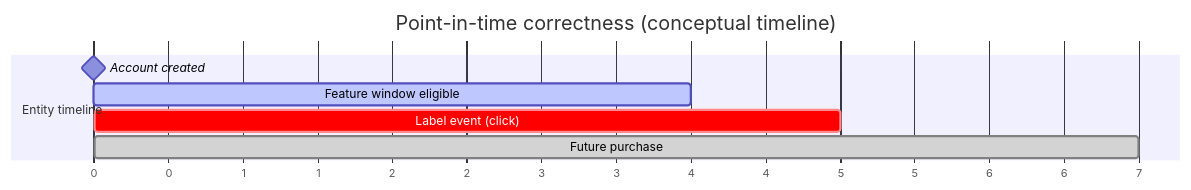
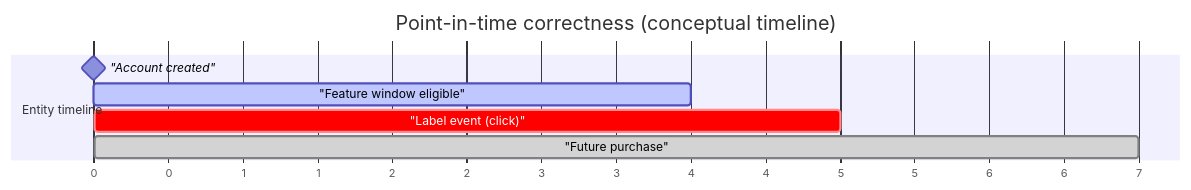
One commit to spawn08/system-design-interview changed the first of 6 diagrams in docs/ml_system_design/feature_platform.md. Above: the diagram before and after it, drawn with Mermaid. The commit also changed other lines of this file and 1740 other files, not shown here.

First line of the commit message:
Add new Mermaid diagrams for consensus algorithms and data consistency models

````diff
--- a/docs/ml_system_design/feature_platform.md
+++ b/docs/ml_system_design/feature_platform.md
@@ -112,12 +112,12 @@
 ```mermaid
 gantt
     title Point-in-time correctness (conceptual timeline)
     dateFormat X
     axisFormat %s
 
     section Entity timeline
-    Account created           :milestone, 0, 0
-    Feature window eligible   :active, 1, 4
-    Label event (click)       :crit, 5, 5
-    Future purchase           :done, 7, 7
+    "Account created"           :milestone, 0, 0
+    "Feature window eligible"   :active, 1, 4
+    "Label event (click)"       :crit, 5, 5
+    "Future purchase"           :done, 7, 7
 ```
````
